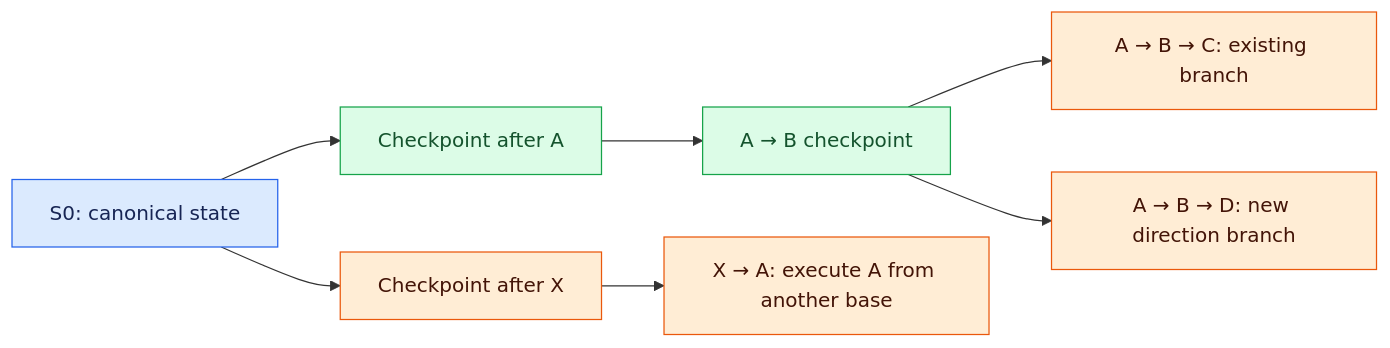
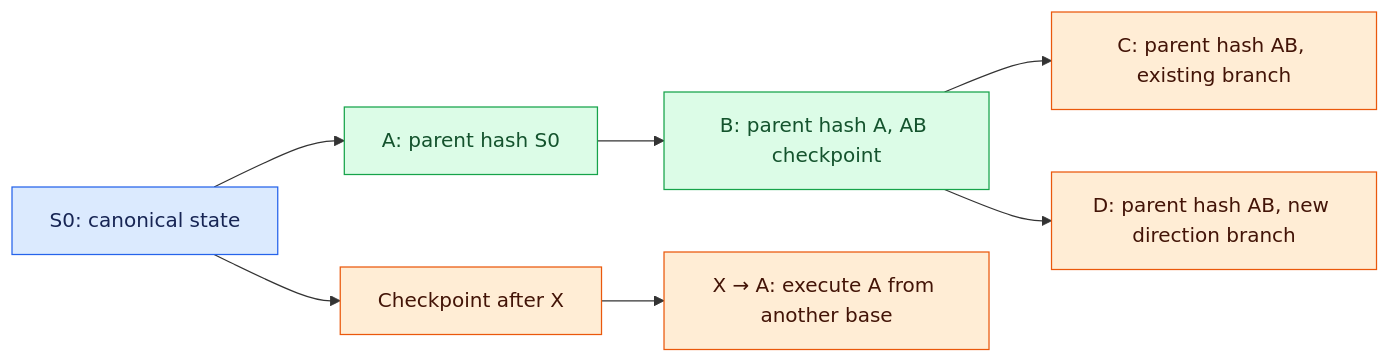
One commit to djm07073/baton-research changed the second of 2 diagrams in docs/execution/qmdb.md. Above: the diagram before and after it, drawn with Mermaid. The commit also changed other lines of this file and 61 other files, not shown here.

````diff
--- a/docs/execution/qmdb.md
+++ b/docs/execution/qmdb.md
@@ -85,15 +85,15 @@
 ```mermaid
 flowchart LR
-    S[S0: canonical state] --> A[Checkpoint after A]
-    A --> AB[A → B checkpoint]
-    AB --> ABC[A → B → C: existing branch]
-    AB --> ABD[A → B → D: new direction branch]
+    S[S0: canonical state] --> A[A: parent hash S0]
+    A --> AB[B: parent hash A, AB checkpoint]
+    AB --> ABC[C: parent hash AB, existing branch]
+    AB --> ABD[D: parent hash AB, new direction branch]
     S --> X[Checkpoint after X]
     X --> XA[X → A: execute A from another base]
     classDef canonical fill:#dbeafe,stroke:#2563eb,color:#172554;
     classDef reuse fill:#dcfce7,stroke:#16a34a,color:#14532d;
     classDef pending fill:#ffedd5,stroke:#ea580c,color:#431407;
     class S canonical;
     class A,AB reuse;
     class ABC,ABD,X,XA pending;
 ```
````
